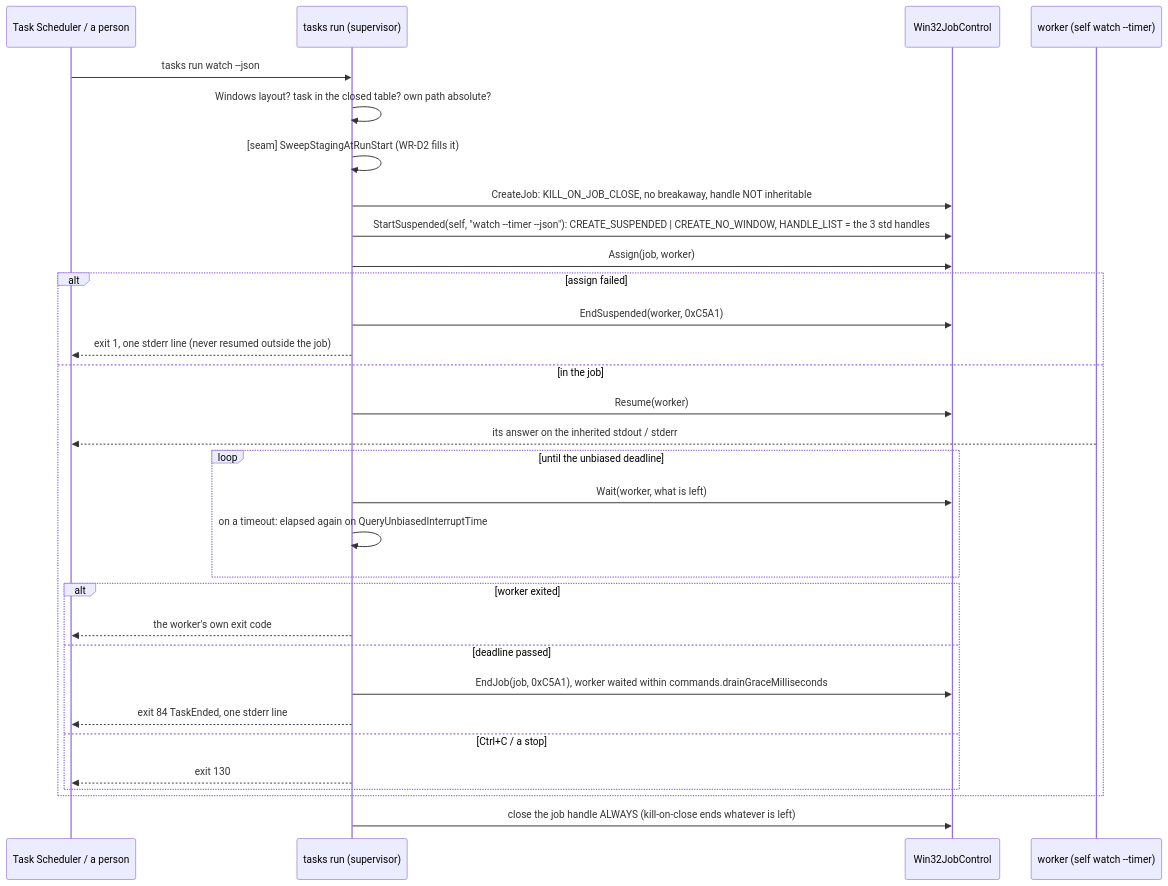
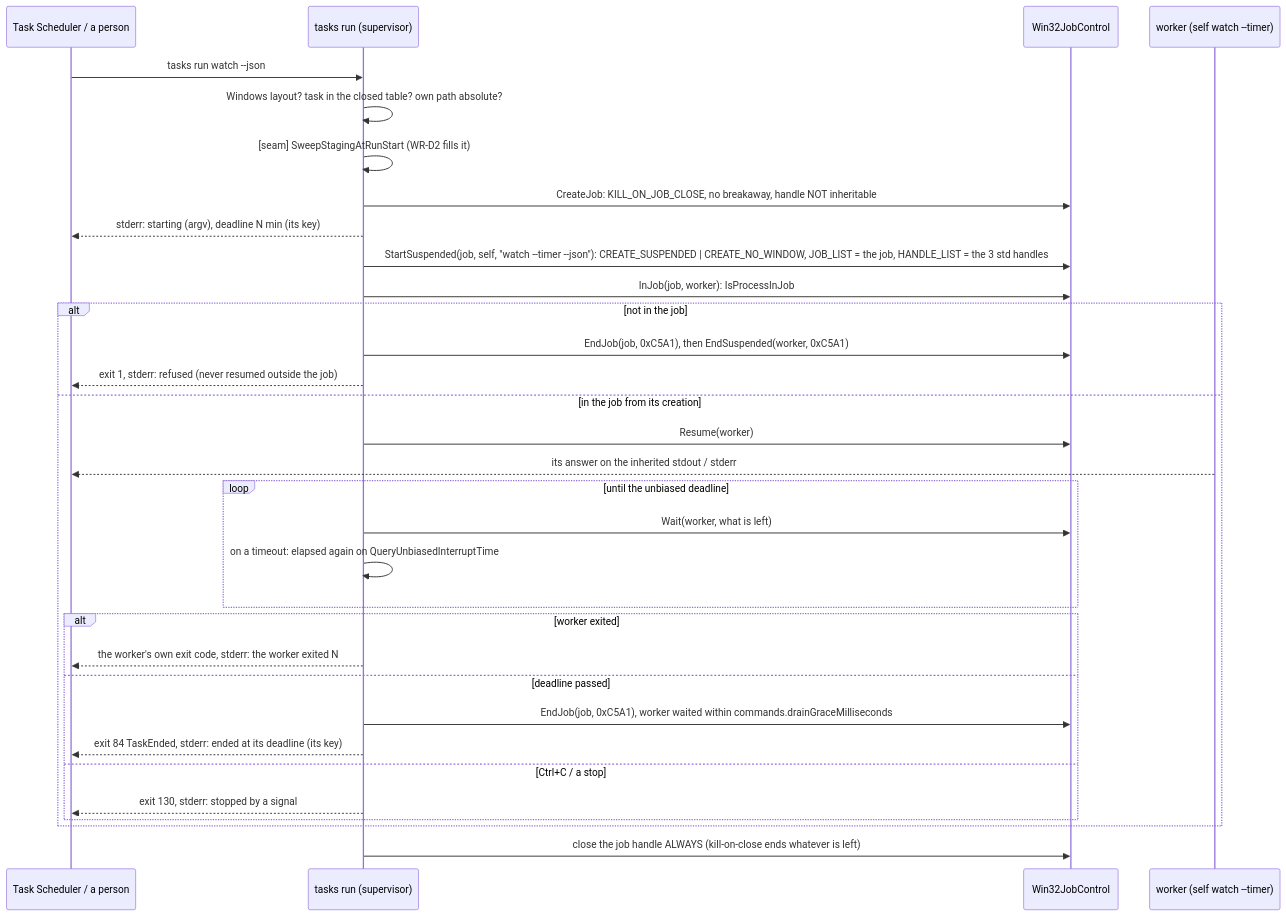
Before and after one commit to oleksandrdubyna88/wsl_care: diagram 11 of 11 in research/module_daemon.md, drawn with Mermaid. The commit also changed other lines of this file and 12 other files, not shown here.

First line of the commit message:
fix(daemon): the WR-D3 code round: the worker is created inside its job, one table entry per task, a start and a terminal line

````diff
--- a/research/module_daemon.md
+++ b/research/module_daemon.md
@@ -773,33 +773,34 @@
 ```mermaid
 sequenceDiagram
     participant TS as Task Scheduler / a person
     participant SV as tasks run (supervisor)
     participant JC as Win32JobControl
     participant W as worker (self watch --timer)
     TS->>SV: tasks run watch --json
     SV->>SV: Windows layout? task in the closed table? own path absolute?
     SV->>SV: [seam] SweepStagingAtRunStart (WR-D2 fills it)
     SV->>JC: CreateJob: KILL_ON_JOB_CLOSE, no breakaway, handle NOT inheritable
-    SV->>JC: StartSuspended(self, "watch --timer --json"): CREATE_SUSPENDED | CREATE_NO_WINDOW, HANDLE_LIST = the 3 std handles
-    SV->>JC: Assign(job, worker)
-    alt assign failed
-        SV->>JC: EndSuspended(worker, 0xC5A1)
-        SV-->>TS: exit 1, one stderr line (never resumed outside the job)
-    else in the job
+    SV-->>TS: stderr: starting (argv), deadline N min (its key)
+    SV->>JC: StartSuspended(job, self, "watch --timer --json"): CREATE_SUSPENDED | CREATE_NO_WINDOW, JOB_LIST = the job, HANDLE_LIST = the 3 std handles
+    SV->>JC: InJob(job, worker): IsProcessInJob
+    alt not in the job
+        SV->>JC: EndJob(job, 0xC5A1), then EndSuspended(worker, 0xC5A1)
+        SV-->>TS: exit 1, stderr: refused (never resumed outside the job)
+    else in the job from its creation
         SV->>JC: Resume(worker)
         W-->>TS: its answer on the inherited stdout / stderr
         loop until the unbiased deadline
             SV->>JC: Wait(worker, what is left)
             SV->>SV: on a timeout: elapsed again on QueryUnbiasedInterruptTime
         end
         alt worker exited
-            SV-->>TS: the worker's own exit code
+            SV-->>TS: the worker's own exit code, stderr: the worker exited N
         else deadline passed
             SV->>JC: EndJob(job, 0xC5A1), worker waited within commands.drainGraceMilliseconds
-            SV-->>TS: exit 84 TaskEnded, one stderr line
+            SV-->>TS: exit 84 TaskEnded, stderr: ended at its deadline (its key)
         else Ctrl+C / a stop
-            SV-->>TS: exit 130
+            SV-->>TS: exit 130, stderr: stopped by a signal
         end
     end
     SV->>JC: close the job handle ALWAYS (kill-on-close ends whatever is left)
 ```
````
